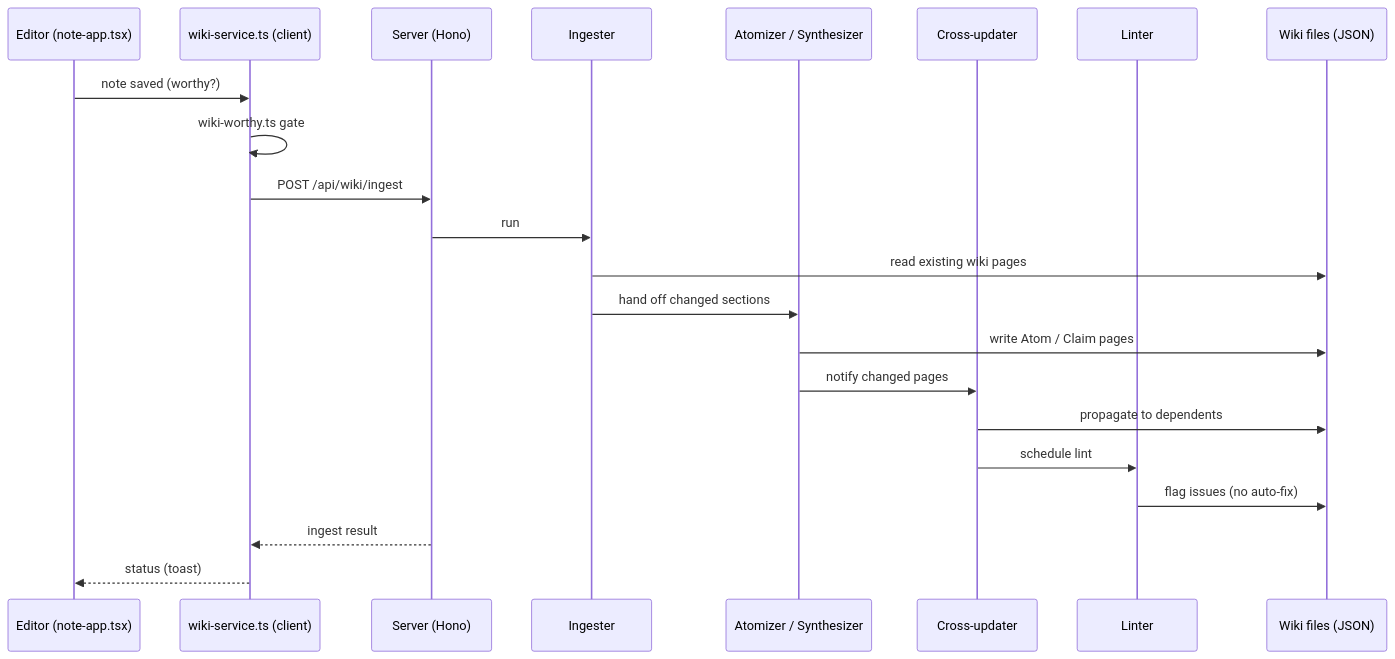
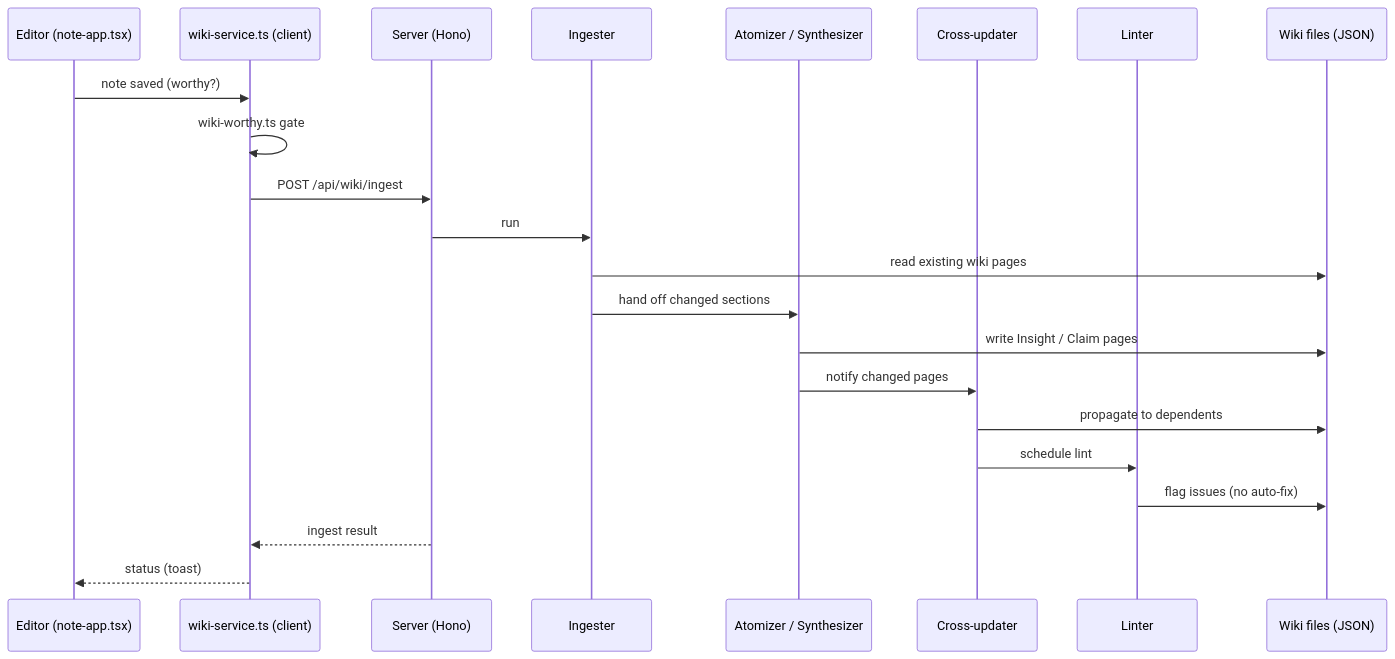
Before and after one commit to kumagallium/Graphium: the second of 3 diagrams in docs/ARCHITECTURE.md, drawn with Mermaid. The commit also changed other lines of this file and 9 other files, not shown here.

````diff
--- a/docs/ARCHITECTURE.md
+++ b/docs/ARCHITECTURE.md
@@ -165,25 +165,25 @@
 ```mermaid
 sequenceDiagram
     participant E as Editor (note-app.tsx)
     participant W as wiki-service.ts (client)
     participant S as Server (Hono)
     participant I as Ingester
     participant A as Atomizer / Synthesizer
     participant X as Cross-updater
     participant L as Linter
     participant FS as Wiki files (JSON)
 
     E->>W: note saved (worthy?)
     W->>W: wiki-worthy.ts gate
     W->>S: POST /api/wiki/ingest
     S->>I: run
     I->>FS: read existing wiki pages
     I->>A: hand off changed sections
-    A->>FS: write Atom / Claim pages
+    A->>FS: write Insight / Claim pages
     A->>X: notify changed pages
     X->>FS: propagate to dependents
     X->>L: schedule lint
     L->>FS: flag issues (no auto-fix)
     S-->>W: ingest result
     W-->>E: status (toast)
 ```
````
